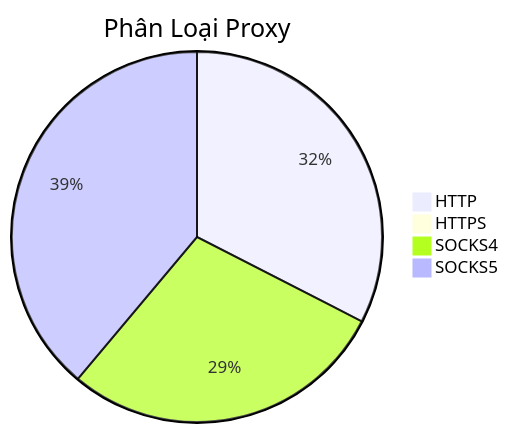
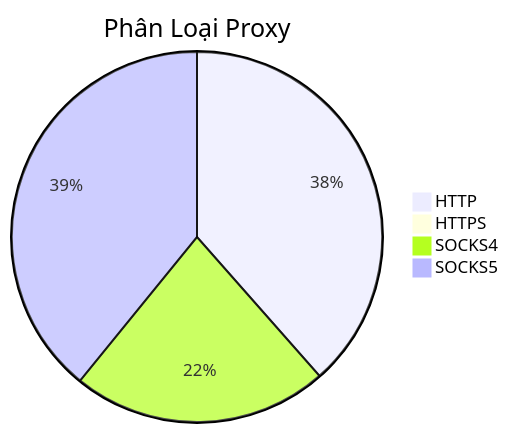
One commit to Ciara-12/PROXY-free changed the diagram in README.md. Above: the diagram before and after it, drawn with Mermaid. The commit also changed other lines of this file and 4 other files, not shown here.

````diff
--- a/README.md
+++ b/README.md
@@ -26,7 +26,7 @@
 ```mermaid
 pie title Phân Loại Proxy
-    "HTTP" : 379
-    "HTTPS" : 2
-    "SOCKS4" : 333
-    "SOCKS5" : 453
+    "HTTP" : 370
+    "HTTPS" : 3
+    "SOCKS4" : 215
+    "SOCKS5" : 376
 ```
````
